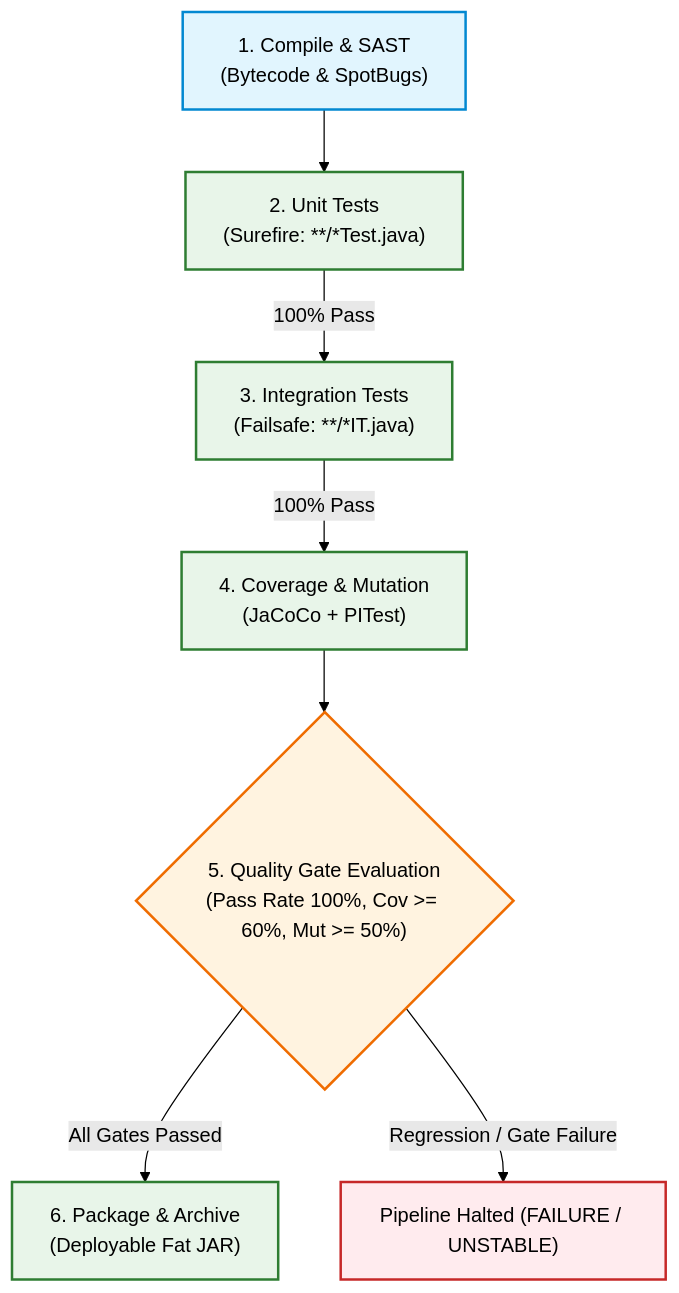
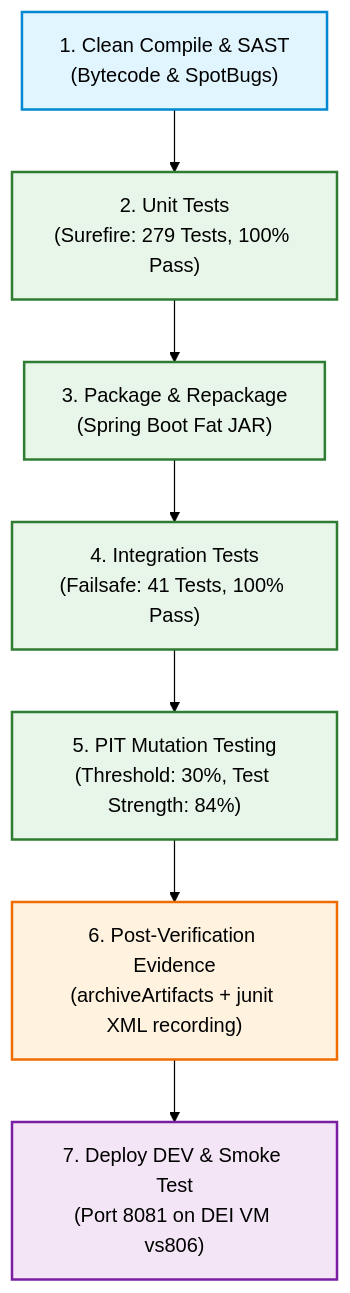
The diagram in Docs/ODSOFT/pipeline/ci-testing-coverage-and-quality-gates.md (RafaelBrandao04/psoft-project-2026-1), drawn with Mermaid (forest theme) before and after one commit. The commit also changed other lines of this file and 1 other file, not shown here.

Commit message:
docs: pipeline documentation update #17

````diff
--- a/Docs/ODSOFT/pipeline/ci-testing-coverage-and-quality-gates.md
+++ b/Docs/ODSOFT/pipeline/ci-testing-coverage-and-quality-gates.md
@@ -17,20 +17,19 @@
 ```mermaid
 flowchart TD
-    COMPILE["1. Compile & SAST<br/>(Bytecode & SpotBugs)"] --> UNIT["2. Unit Tests<br/>(Surefire: **/*Test.java)"]
-    UNIT -->|100% Pass| IT["3. Integration Tests<br/>(Failsafe: **/*IT.java)"]
-    IT -->|100% Pass| COV["4. Coverage & Mutation<br/>(JaCoCo + PITest)"]
-    COV --> GATE{"5. Quality Gate Evaluation<br/>(Pass Rate 100%, Cov >= 60%, Mut >= 50%)"}
-    
-    GATE -->|All Gates Passed| PKG["6. Package & Archive<br/>(Deployable Fat JAR)"]
-    GATE -->|Regression / Gate Failure| FAIL["Pipeline Halted (FAILURE / UNSTABLE)"]
-    
+    COMPILE["1. Clean Compile & SAST<br/>(Bytecode & SpotBugs)"] --> UNIT["2. Unit Tests<br/>(Surefire: 279 Tests, 100% Pass)"]
+    UNIT --> PKG["3. Package & Repackage<br/>(Spring Boot Fat JAR)"]
+    PKG --> IT["4. Integration Tests<br/>(Failsafe: 41 Tests, 100% Pass)"]
+    IT --> PIT["5. PIT Mutation Testing<br/>(Threshold: 30%, Test Strength: 84%)"]
+    PIT --> POST["6. Post-Verification Evidence<br/>(archiveArtifacts + junit XML recording)"]
+    POST --> DEV["7. Deploy DEV & Smoke Test<br/>(Port 8081 on DEI VM vs806)"]
+
     classDef compileStyle fill:#e1f5fe,stroke:#0288d1,stroke-width:2px;
     classDef testStyle fill:#e8f5e9,stroke:#2e7d32,stroke-width:2px;
-    classDef gateStyle fill:#fff3e0,stroke:#ef6c00,stroke-width:2px;
-    classDef failStyle fill:#ffebee,stroke:#c62828,stroke-width:2px;
-    
+    classDef postStyle fill:#fff3e0,stroke:#ef6c00,stroke-width:2px;
+    classDef cdStyle fill:#f3e5f5,stroke:#7b1fa2,stroke-width:2px;
+
     class COMPILE compileStyle;
-    class UNIT,IT,COV,PKG testStyle;
-    class GATE gateStyle;
-    class FAIL failStyle;
+    class UNIT,PKG,IT,PIT testStyle;
+    class POST postStyle;
+    class DEV cdStyle;
 ```
````
